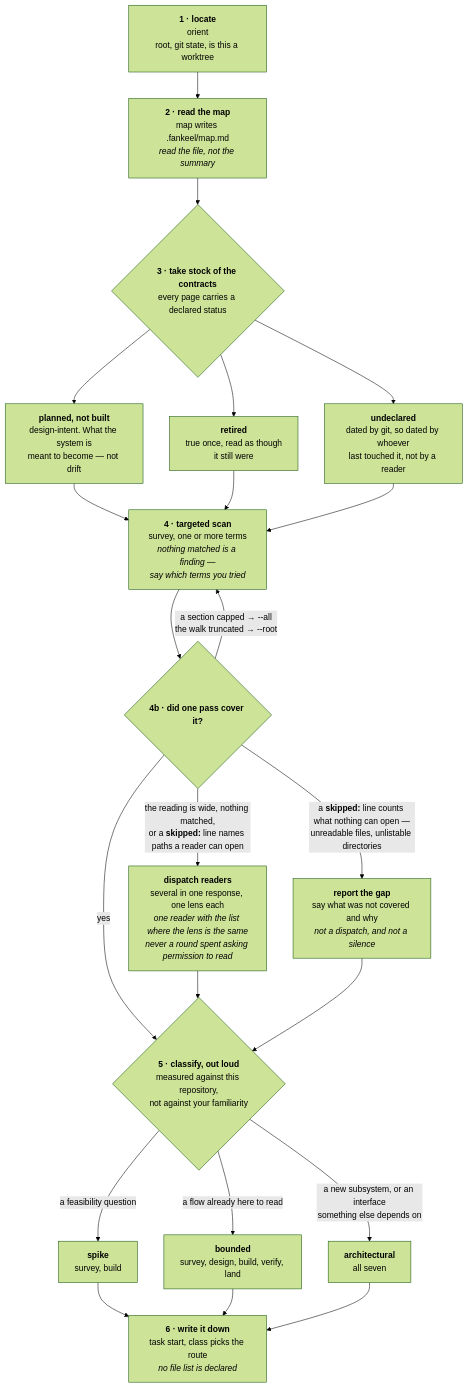
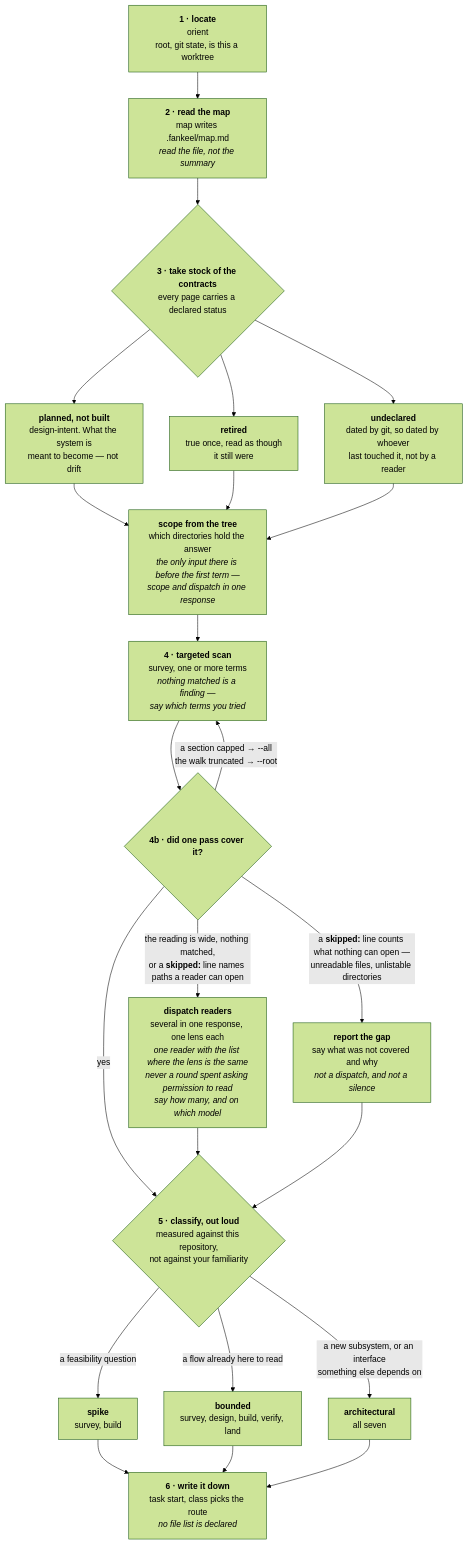
One commit to FanFantom9452/FanKeel changed the first of 8 diagrams in docs/pipeline.md. Above: the diagram before and after it, drawn with Mermaid (forest theme). The commit also changed 4 other files, not shown here.

````diff
--- a/docs/pipeline.md
+++ b/docs/pipeline.md
@@ -296,39 +296,41 @@
 ```mermaid
 flowchart TD
     A["<b>1 · locate</b><br/>orient<br/>root, git state, is this a worktree"]
     B["<b>2 · read the map</b><br/>map writes .fankeel/map.md<br/><i>read the file, not the summary</i>"]
     C{"<b>3 · take stock of the contracts</b><br/>every page carries a declared status"}
     C1["<b>planned, not built</b><br/>design-intent. What the system is<br/>meant to become — not drift"]
     C2["<b>retired</b><br/>true once, read as though<br/>it still were"]
     C3["<b>undeclared</b><br/>dated by git, so dated by whoever<br/>last touched it, not by a reader"]
+    D0["<b>scope from the tree</b><br/>which directories hold the answer<br/><i>the only input there is before the first term —<br/>scope and dispatch in one response</i>"]
     D["<b>4 · targeted scan</b><br/>survey, one or more terms<br/><i>nothing matched is a finding —<br/>say which terms you tried</i>"]
     D2{"<b>4b · did one pass cover it?</b>"}
     D4["<b>report the gap</b><br/>say what was not covered and why<br/><i>not a dispatch, and not a silence</i>"]
-    D3["<b>dispatch readers</b><br/>several in one response, one lens each<br/><i>one reader with the list where the lens is the same</i><br/><i>never a round spent asking permission to read</i>"]
+    D3["<b>dispatch readers</b><br/>several in one response, one lens each<br/><i>one reader with the list where the lens is the same</i><br/><i>never a round spent asking permission to read</i><br/><i>say how many, and on which model</i>"]
     E{"<b>5 · classify, out loud</b><br/>measured against this repository,<br/>not against your familiarity"}
     E1["<b>spike</b><br/>survey, build"]
     E2["<b>bounded</b><br/>survey, design, build, verify, land"]
     E3["<b>architectural</b><br/>all seven"]
     F["<b>6 · write it down</b><br/>task start, class picks the route<br/><i>no file list is declared</i>"]
 
     A --> B --> C
     C --> C1
     C --> C2
     C --> C3
-    C1 --> D
-    C2 --> D
-    C3 --> D
+    C1 --> D0
+    C2 --> D0
+    C3 --> D0
+    D0 --> D
     D --> D2
     D2 -- "a section capped → --all<br/>the walk truncated → --root" --> D
     D2 -- "the reading is wide, nothing matched,<br/>or a <b>skipped:</b> line names paths a reader can open" --> D3
     D2 -- "a <b>skipped:</b> line counts what nothing can open —<br/>unreadable files, unlistable directories" --> D4
     D2 -- yes --> E
     D3 --> E
     D4 --> E
     E -- "a feasibility question" --> E1
     E -- "a flow already here to read" --> E2
     E -- "a new subsystem, or an interface<br/>something else depends on" --> E3
     E1 --> F
     E2 --> F
     E3 --> F
 ```
````
